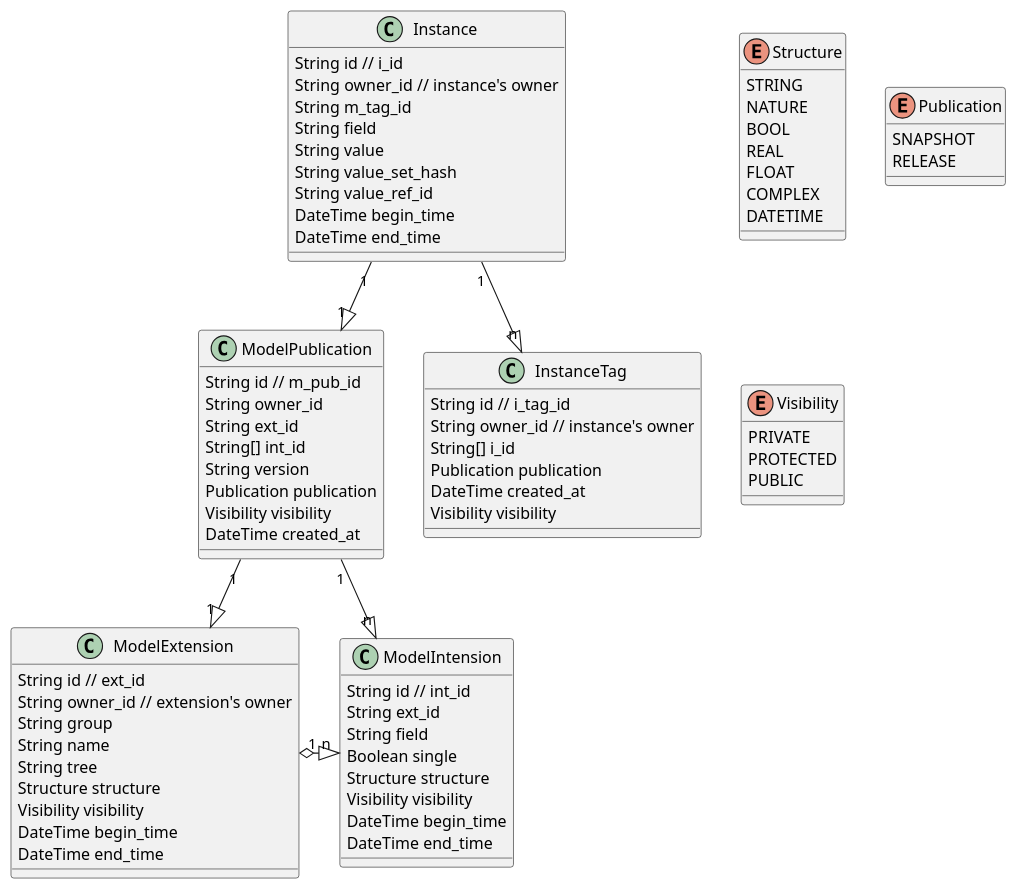
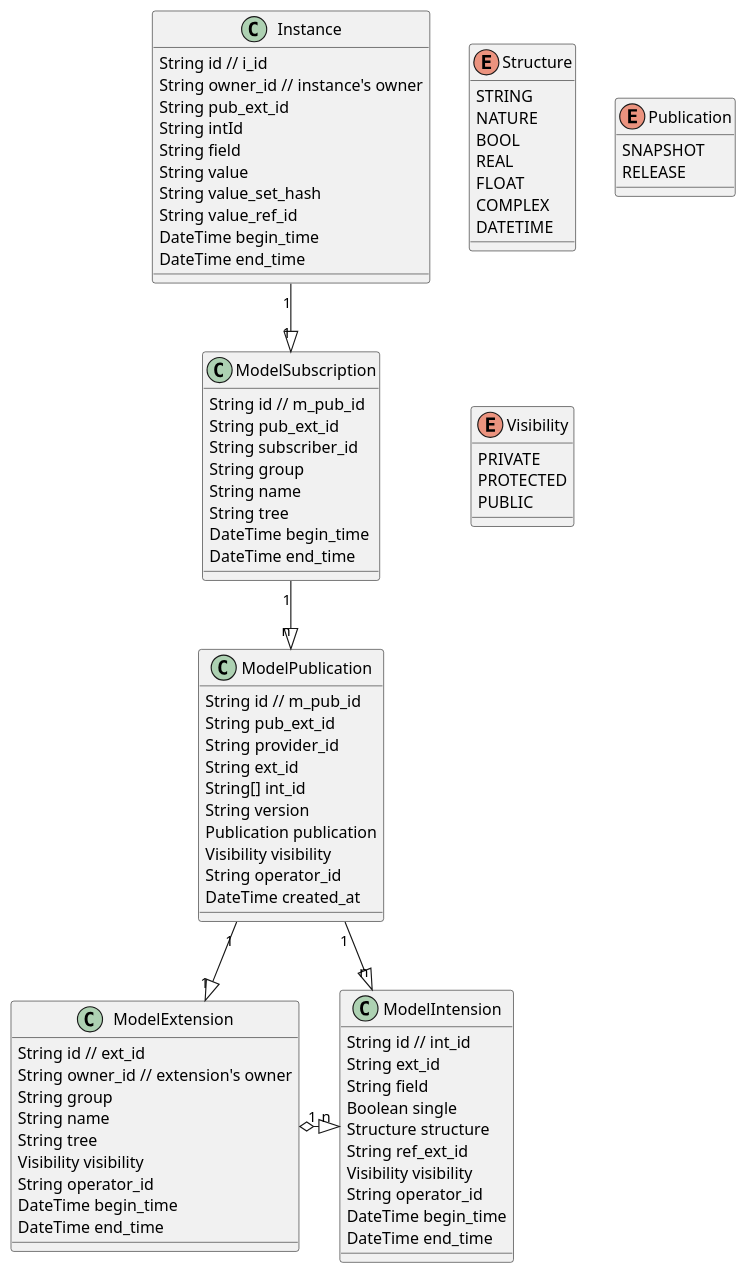
One commit to SINeWang/kiimate changed the diagram in metamate.puml. Above: the diagram before and after it, drawn with PlantUML. The commit also changed 8 other files, not shown here.

Commit message:
refact model sub/pub

```diff
--- a/metamate.puml
+++ b/metamate.puml
@@ -1,90 +1,108 @@
 @startuml
 
+
+ModelSubscription "1" --|>  "n" ModelPublication
 
 ModelPublication "1" --|>  "1" ModelExtension
 ModelPublication "1" --|>  "n" ModelIntension
 
-Instance "1" --|>  "1" ModelPublication
+Instance "1" --|>  "1" ModelSubscription
 
-Instance "1" --|>  "n" InstanceTag
+'Instance "1" --|>  "n" InstanceTag
 
 
 ModelExtension "1" o--right--|> "n" ModelIntension
 
 class ModelExtension {
     String id // ext_id
     String owner_id // extension's owner
     String group
     String name
     String tree
-    Structure structure
     Visibility visibility
+    String operator_id
     DateTime begin_time
     DateTime end_time
 }
 
 class ModelIntension {
     String id // int_id
     String ext_id
     String field
     Boolean single
     Structure structure
+    String ref_ext_id
     Visibility visibility
+    String operator_id
     DateTime begin_time
     DateTime end_time
 }
 
 class ModelPublication {
     String id // m_pub_id
-    String owner_id
+    String pub_ext_id
+    String provider_id
     String ext_id
     String[] int_id
     String version
     Publication publication
     Visibility visibility
+    String operator_id
     DateTime created_at
+}
+
+class ModelSubscription {
+    String id // m_pub_id
+    String pub_ext_id
+    String subscriber_id
+    String group
+    String name
+    String tree
+    DateTime begin_time
+    DateTime end_time
 }
 
 enum Structure {
     STRING
     NATURE
     BOOL
     REAL
     FLOAT
     COMPLEX
     DATETIME
 }
 
 enum Publication {
     SNAPSHOT
     RELEASE
 }
 
 enum Visibility {
     PRIVATE
     PROTECTED
     PUBLIC
 }
 
 class Instance {
     String id // i_id
     String owner_id // instance's owner
-    String m_tag_id
+    String pub_ext_id
+    String intId
     String field
     String value
     String value_set_hash
     String value_ref_id
     DateTime begin_time
     DateTime end_time
 }
 
-class InstanceTag {
-    String id // i_tag_id
-    String owner_id // instance's owner
-    String[] i_id
-    Publication publication
-    DateTime created_at
-    Visibility visibility
-}
+'class InstanceTag {
+'    String id // i_tag_id
+'    String owner_id // instance's owner
+'    String[] i_id
+'    Publication publication
+'    DateTime created_at
+'    Visibility visibility
+'}
 
 @enduml
```
